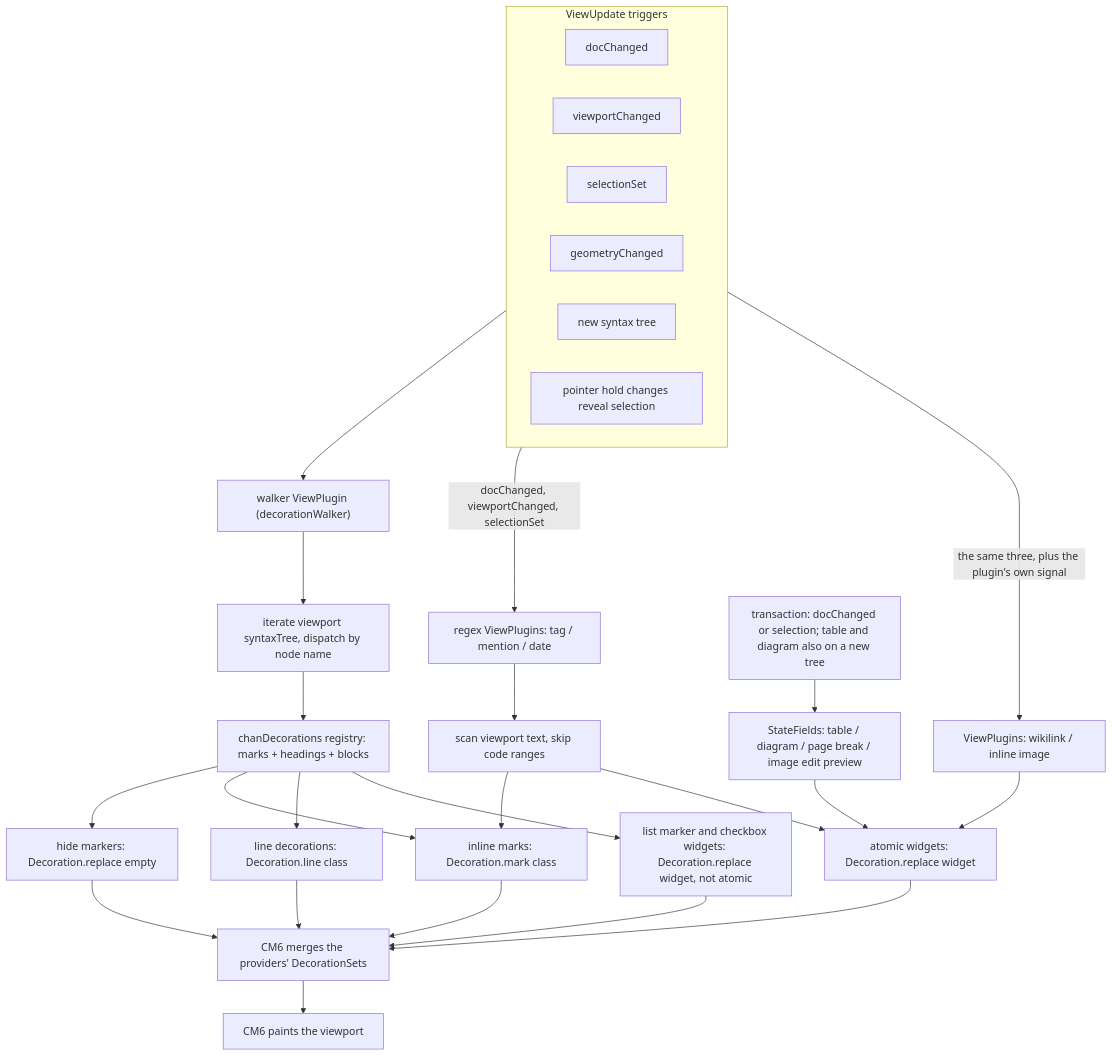
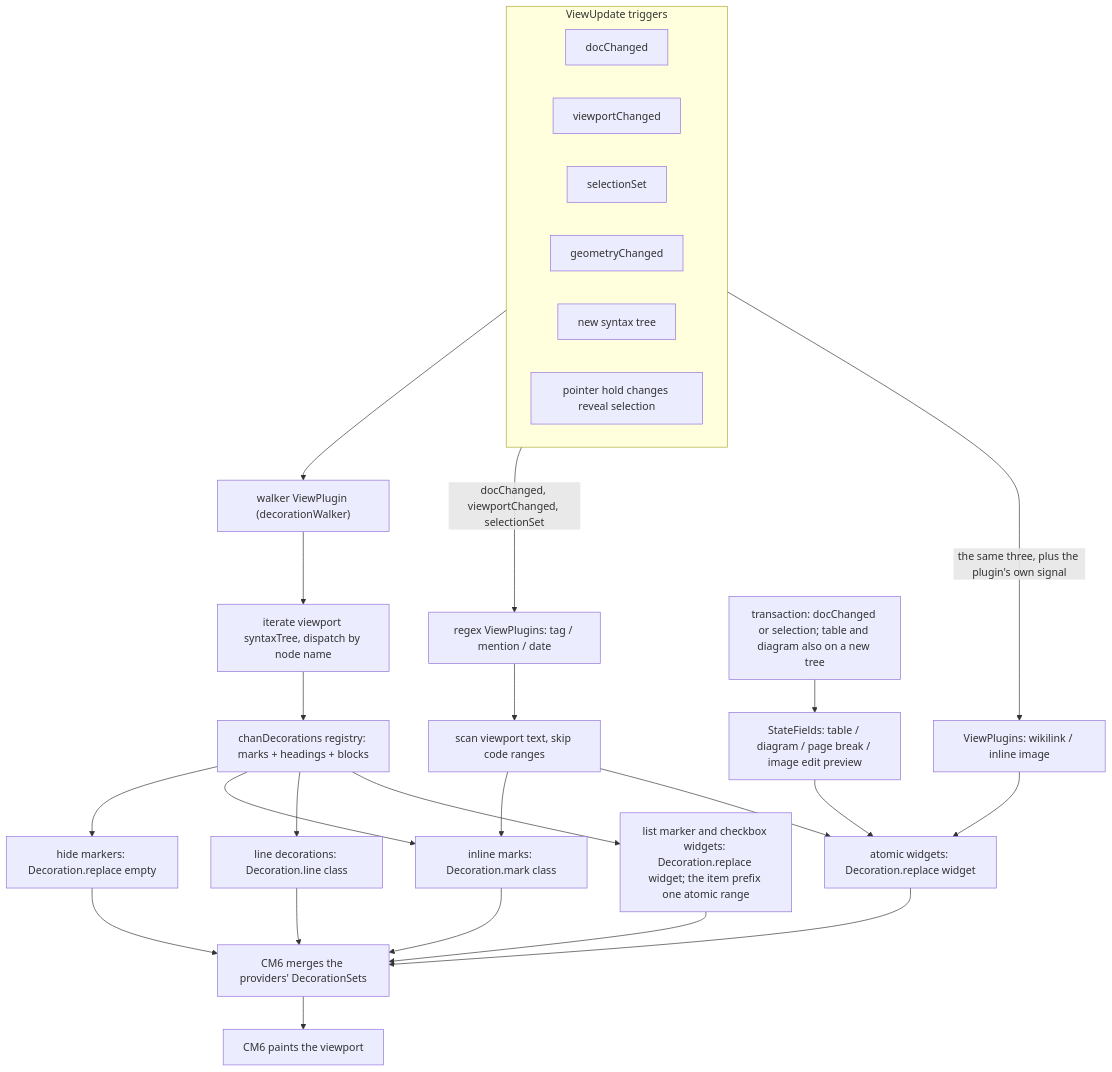
Before and after one commit to fiorix/chan: the first of 4 diagrams in web/packages/workspace-app/src/editor/design.md, drawn with Mermaid. The commit also changed other lines of this file and 10 other files, not shown here.

````diff
--- a/web/packages/workspace-app/src/editor/design.md
+++ b/web/packages/workspace-app/src/editor/design.md
@@ -54,33 +54,33 @@
 ```mermaid
 flowchart TD
   subgraph TRIG["ViewUpdate triggers"]
     direction LR
     T1["docChanged"]
     T2["viewportChanged"]
     T3["selectionSet"]
     T4["geometryChanged"]
     T5["new syntax tree"]
     T6["pointer hold changes reveal selection"]
   end
   TRIG --> Walker["walker ViewPlugin (decorationWalker)"]
   Walker --> Iter["iterate viewport syntaxTree, dispatch by node name"]
   Iter --> Reg["chanDecorations registry: marks + headings + blocks"]
   Reg --> K1["hide markers: Decoration.replace empty"]
   Reg --> K2["inline marks: Decoration.mark class"]
   Reg --> K3["line decorations: Decoration.line class"]
-  Reg --> K5["list marker and checkbox widgets: Decoration.replace widget, not atomic"]
+  Reg --> K5["list marker and checkbox widgets: Decoration.replace widget; the item prefix one atomic range"]
   TRIG -->|"docChanged, viewportChanged, selectionSet"| Regex["regex ViewPlugins: tag / mention / date"]
   Regex --> Skip["scan viewport text, skip code ranges"]
   Skip --> K2
   Skip --> K4["atomic widgets: Decoration.replace widget"]
   TRIG -->|"the same three, plus the plugin's own signal"| Atoms["ViewPlugins: wikilink / inline image"]
   Atoms --> K4
   TR["transaction: docChanged or selection; table and diagram also on a new tree"] --> Fields["StateFields: table / diagram / page break / image edit preview"]
   Fields --> K4
   K1 --> Merge["CM6 merges the providers' DecorationSets"]
   K2 --> Merge
   K3 --> Merge
   K4 --> Merge
   K5 --> Merge
   Merge --> Render["CM6 paints the viewport"]
 ```
````
